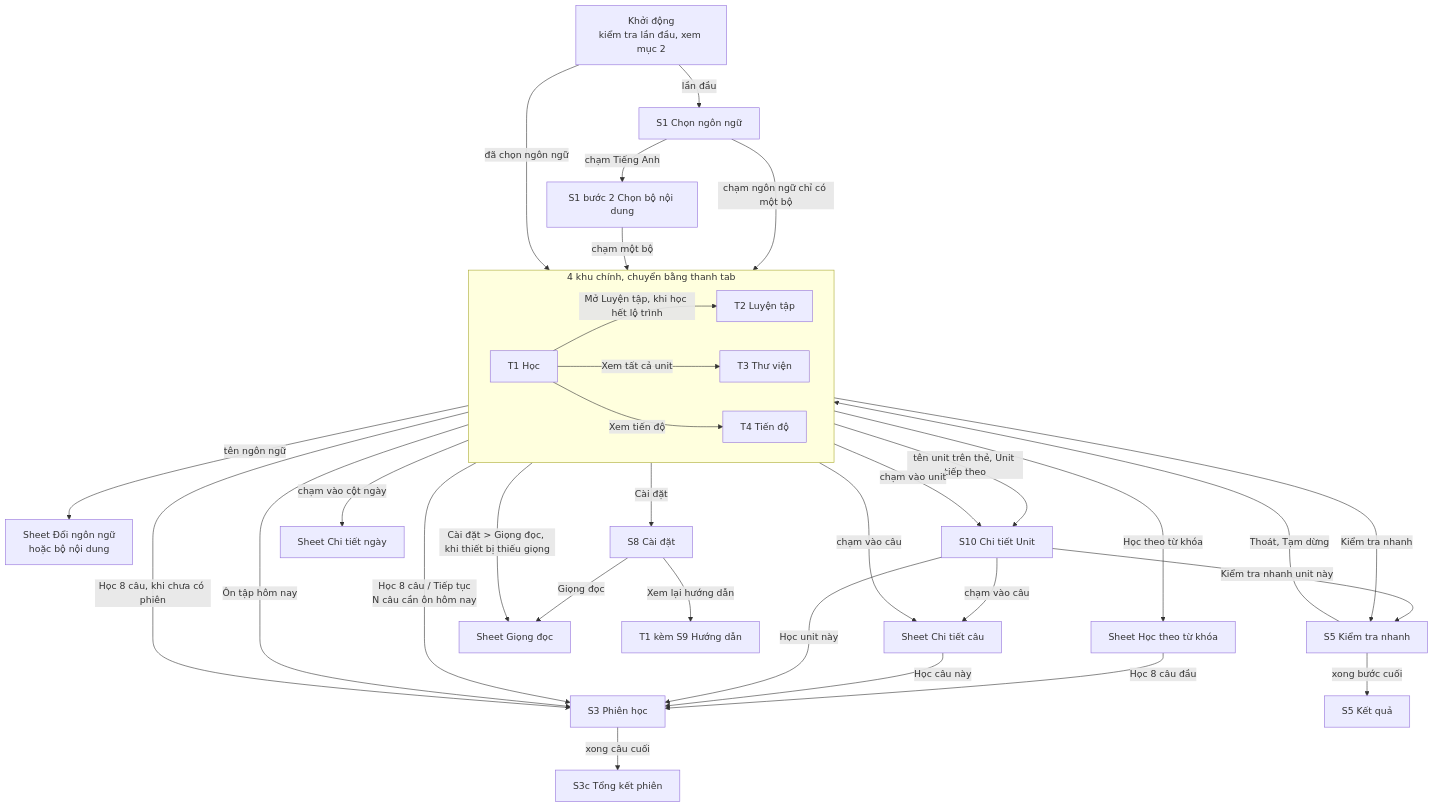
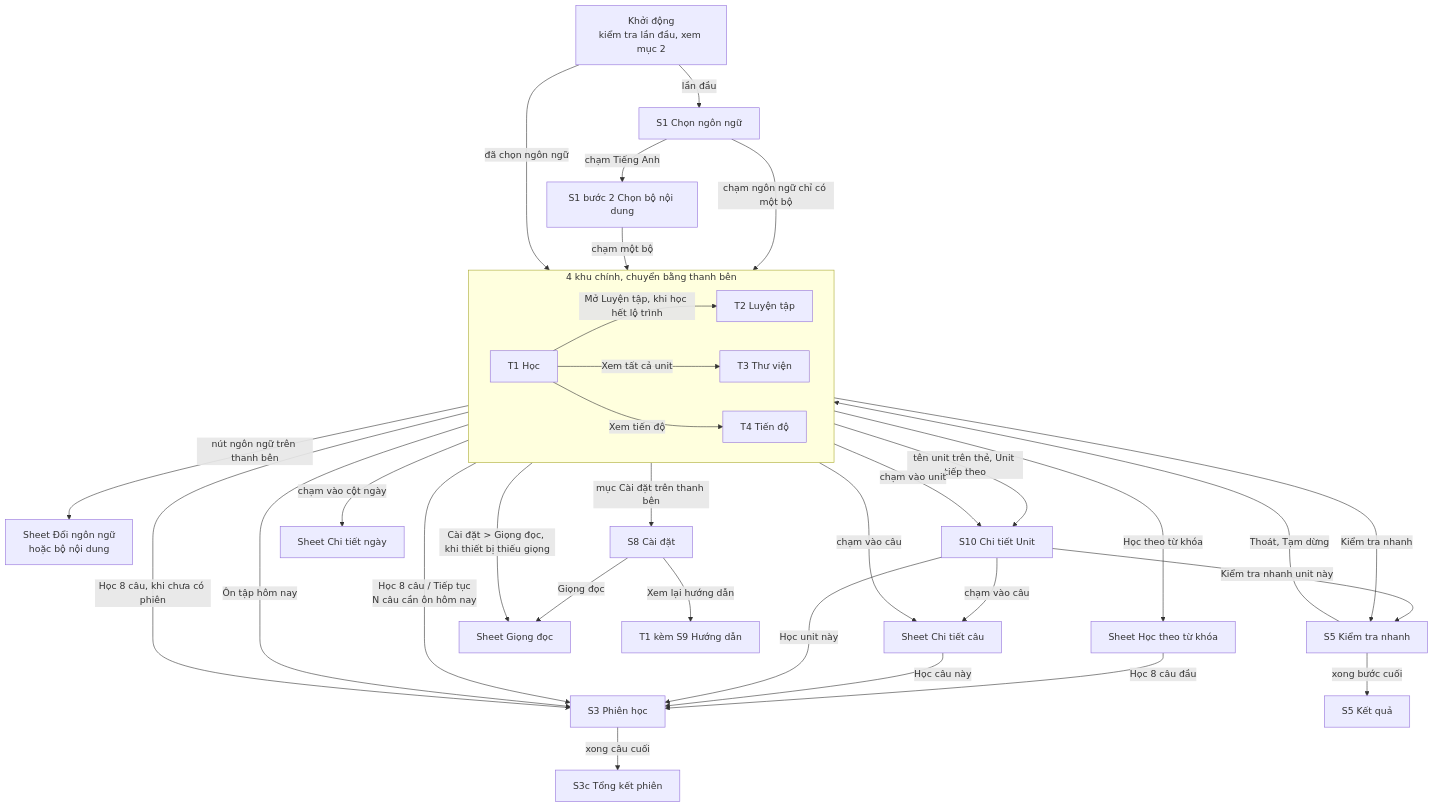
Before and after one commit to A-Star-X/dangonngu: the third of 10 diagrams in docs/new/navigation.md, drawn with Mermaid. The commit also changed other lines of this file and 90 other files, not shown here.

````diff
--- a/docs/new/navigation.md
+++ b/docs/new/navigation.md
@@ -96,74 +116,74 @@
 ```mermaid
 flowchart TD
   BOOT["Khởi động<br/>kiểm tra lần đầu, xem mục 2"] -->|"lần đầu"| L["S1 Chọn ngôn ngữ"]
   %% @spec APP-05
   L -->|"chạm ngôn ngữ chỉ có một bộ"| TABS
   %% @spec S1-04
   L -->|"chạm Tiếng Anh"| PK["S1 bước 2 Chọn bộ nội dung"]
   %% @spec S1-07
   PK -->|"chạm một bộ"| TABS
   %% @spec S1-07
   BOOT -->|"đã chọn ngôn ngữ"| TABS
   %% @spec APP-05
 
-  subgraph TABS["4 khu chính, chuyển bằng thanh tab"]
+  subgraph TABS["4 khu chính, chuyển bằng thanh bên"]
     %% @spec APP-01, C5-01
     direction LR
     H["T1 Học"]
     P["T2 Luyện tập"]
     B["T3 Thư viện"]
     G["T4 Tiến độ"]
   end
 
-  TABS -->|"tên ngôn ngữ"| LS["Sheet Đổi ngôn ngữ<br/>hoặc bộ nội dung"]
+  TABS -->|"nút ngôn ngữ trên thanh bên"| LS["Sheet Đổi ngôn ngữ<br/>hoặc bộ nội dung"]
   %% @spec APP-02, APP-06
-  TABS -->|"Cài đặt"| ST["S8 Cài đặt"]
+  TABS -->|"mục Cài đặt trên thanh bên"| ST["S8 Cài đặt"]
   %% @spec APP-02
 
   H -->|"Học 8 câu / Tiếp tục<br/>N câu cần ôn hôm nay"| S["S3 Phiên học"]
   %% @spec T1-02, T1-04
   H -->|"Mở Luyện tập, khi học hết lộ trình"| P
   %% @spec T1-05
   H -->|"tên unit trên thẻ, Unit tiếp theo"| U
   %% @spec T1-01, T1-08
   H -->|"Xem tất cả unit"| B
   %% @spec T1-08
   H -->|"Xem tiến độ"| G
   %% @spec T1-09
   P -->|"Ôn tập hôm nay"| S
   %% @spec T2-02
   P -->|"Học theo từ khóa"| C["Sheet Học theo từ khóa"]
   %% @spec T2-03
   C -->|"Học 8 câu đầu"| S
   %% @spec T2-03
   P -->|"Kiểm tra nhanh"| K["S5 Kiểm tra nhanh"]
   %% @spec T2-04
   K -->|"Thoát, Tạm dừng"| P
   %% @spec S5-08, S5-09
   K -->|"xong bước cuối"| KR["S5 Kết quả"]
   %% @spec S5-07
   B -->|"chạm vào câu"| D["Sheet Chi tiết câu"]
   %% @spec T3-05
   D -->|"Học câu này"| S
   %% @spec T3-05
   B -->|"chạm vào unit"| U["S10 Chi tiết Unit"]
   %% @spec T3-09
   U -->|"Học unit này"| S
   %% @spec S10-04
   U -->|"Kiểm tra nhanh unit này"| K
   %% @spec S10-04
   U -->|"chạm vào câu"| D
   %% @spec S10-05
   G -->|"chạm vào cột ngày"| GD["Sheet Chi tiết ngày"]
   %% @spec T4-07
   G -->|"Học 8 câu, khi chưa có phiên"| S
   %% @spec T4-08
   S -->|"xong câu cuối"| SR["S3c Tổng kết phiên"]
   %% @spec S3-02, S3-06
   ST -->|"Giọng đọc"| V["Sheet Giọng đọc"]
   %% @spec S8-02
   H -->|"Cài đặt > Giọng đọc, khi thiết bị thiếu giọng"| V
   %% @spec C1-05
   ST -->|"Xem lại hướng dẫn"| HD["T1 kèm S9 Hướng dẫn"]
   %% @spec S8-06, S9-05
 ```
````
